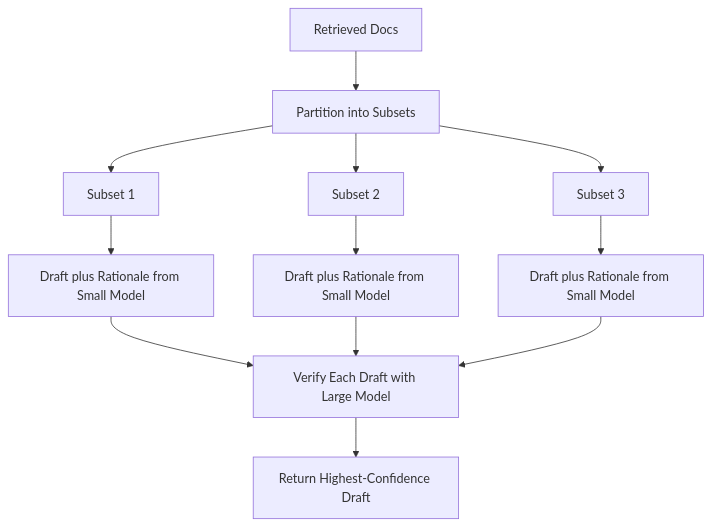
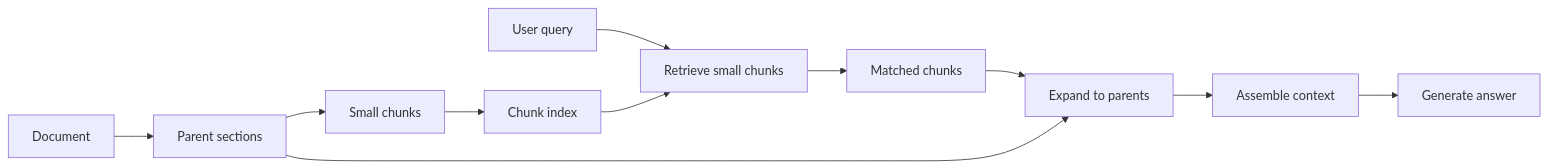
The fifth of 13 diagrams in Vault/Software Engineering/11 AI & ML/LLM/RAG/RAG.md (grafanaKibana/devbook.zip), drawn with Mermaid before and after one commit. The commit also changed other lines of this file, not shown here.

````diff
--- a/Vault/Software Engineering/11 AI & ML/LLM/RAG/RAG.md
+++ b/Vault/Software Engineering/11 AI & ML/LLM/RAG/RAG.md
@@ -260,14 +119,13 @@
 ```mermaid
-flowchart TD
-    D[Retrieved Docs] --> P[Partition into Subsets]
-    P --> S1[Subset 1]
-    P --> S2[Subset 2]
-    P --> S3[Subset 3]
-    S1 --> D1[Draft plus Rationale from Small Model]
-    S2 --> D2[Draft plus Rationale from Small Model]
-    S3 --> D3[Draft plus Rationale from Small Model]
-    D1 --> V[Verify Each Draft with Large Model]
-    D2 --> V
-    D3 --> V
-    V --> B[Return Highest-Confidence Draft]
+flowchart LR
+    D[Document] --> P[Parent sections]
+    P --> S[Small chunks]
+    S --> I[Chunk index]
+    Q[User query] --> R[Retrieve small chunks]
+    I --> R
+    R --> M[Matched chunks]
+    M --> X[Expand to parents]
+    P --> X
+    X --> C[Assemble context]
+    C --> G[Generate answer]
 ```
````
